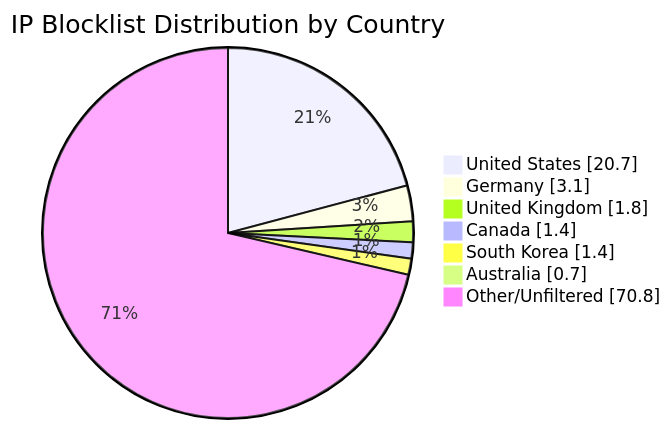
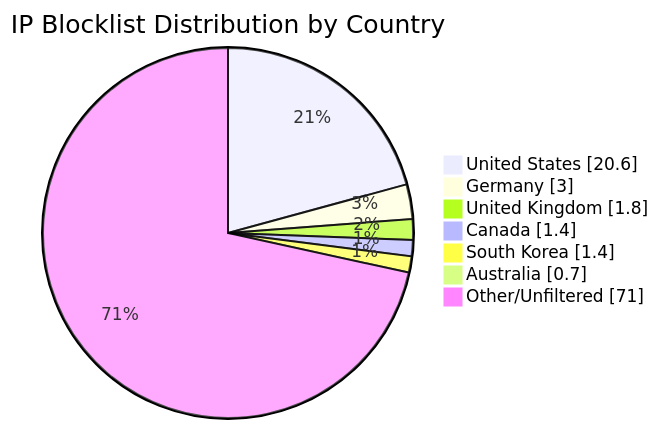
Before and after one commit to MarcusHoltz/ipblocklist-geofiltered-aggregator: the diagram in README.md, drawn with Mermaid. The commit also changed other lines of this file and 9 other files, not shown here.

````diff
--- a/README.md
+++ b/README.md
@@ -34,10 +34,10 @@
 ```mermaid
 pie showData title IP Blocklist Distribution by Country
-"United States" : 20.7
-"Germany" : 3.1
+"United States" : 20.6
+"Germany" : 3.0
 "United Kingdom" : 1.8
 "Canada" : 1.4
 "South Korea" : 1.4
 "Australia" : 0.7
-"Other/Unfiltered" : 70.8
+"Other/Unfiltered" : 71.0
 ```
````
